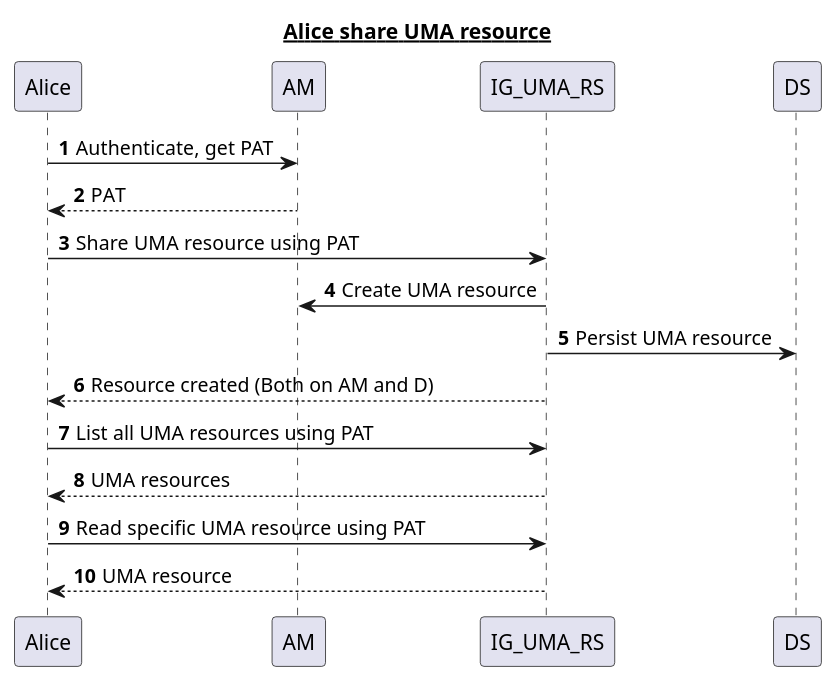
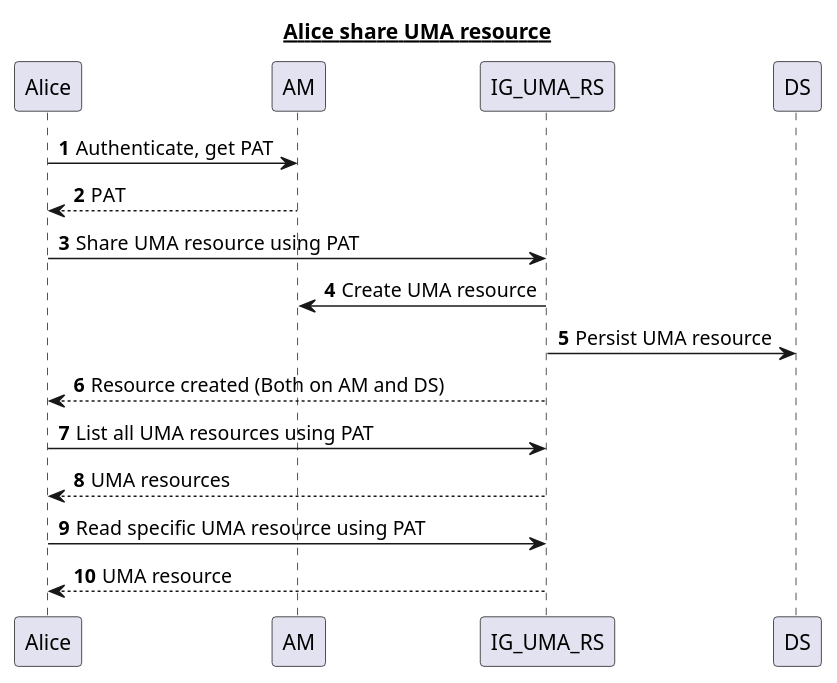
The diagram in diagrams/ShareUMAResource.puml (CharanMann/OpenIG-UMA-Extensions), drawn with PlantUML before and after one commit. The commit also changed 2 other files, not shown here.

Commit message:
Updated  diagrams

```diff
--- a/diagrams/ShareUMAResource.puml
+++ b/diagrams/ShareUMAResource.puml
@@ -1,18 +1,18 @@
 @startuml
 title __Alice share UMA resource__
 autonumber
 Alice -> AM : Authenticate, get PAT
 AM --> Alice : PAT
 
 Alice -> IG_UMA_RS : Share UMA resource using PAT
 IG_UMA_RS -> AM : Create UMA resource
 IG_UMA_RS -> DS : Persist UMA resource
-IG_UMA_RS --> Alice : Resource created (Both on AM and D)
+IG_UMA_RS --> Alice : Resource created (Both on AM and DS)
 
 Alice -> IG_UMA_RS : List all UMA resources using PAT
 IG_UMA_RS --> Alice : UMA resources
 
 Alice -> IG_UMA_RS : Read specific UMA resource using PAT
 IG_UMA_RS --> Alice : UMA resource
 
 @enduml
```
